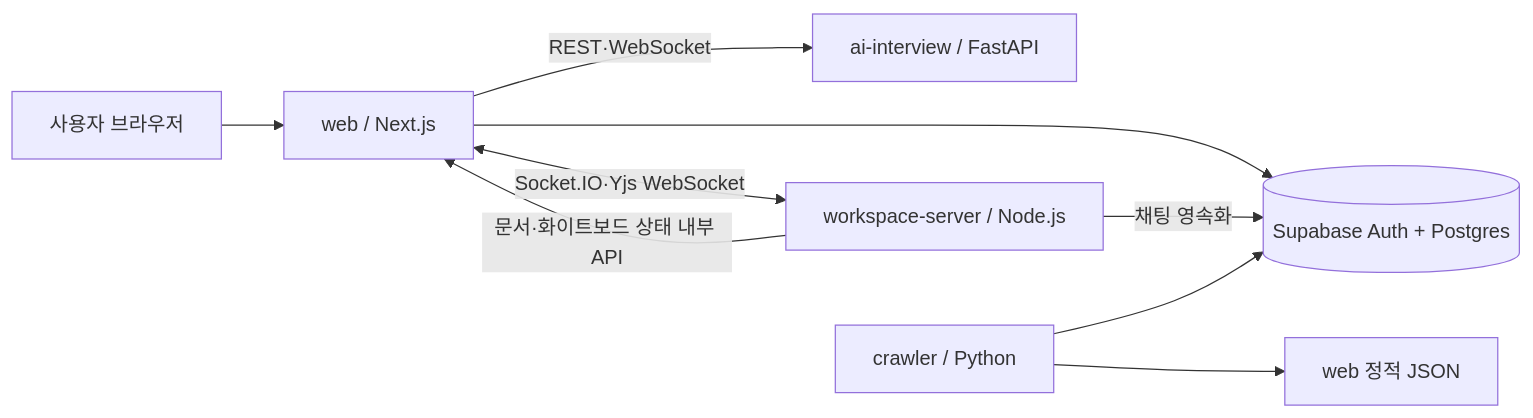
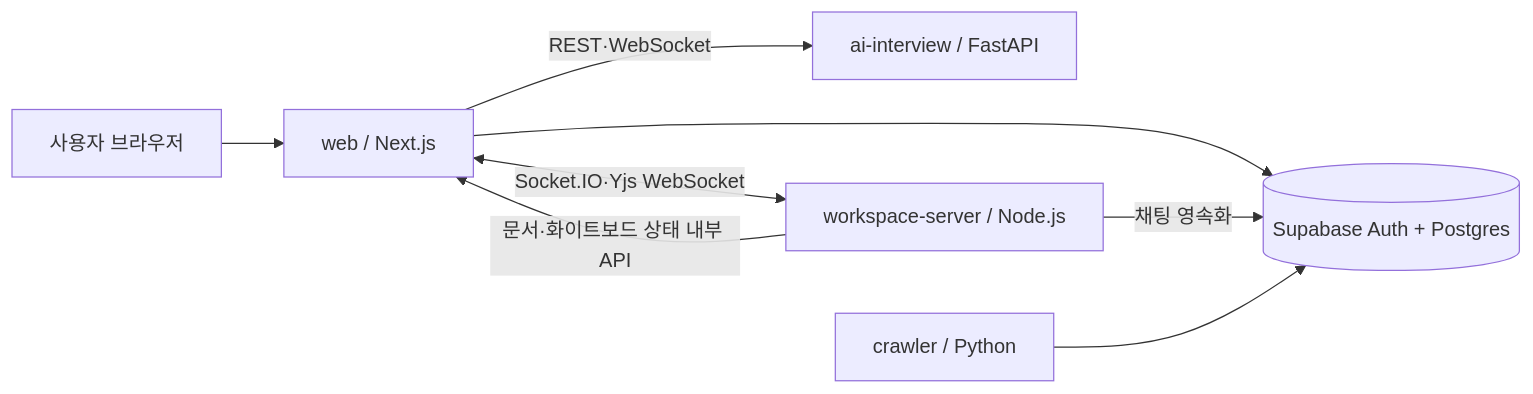
One commit to Buc-Capstone-Dibut/buc_Capstone_DEMO changed the diagram in README.md. Above: the diagram before and after it, drawn with Mermaid. The commit also changed other lines of this file and 13 other files, not shown here.

````diff
--- a/README.md
+++ b/README.md
@@ -11,11 +11,10 @@
 ```mermaid
 flowchart LR
     U[사용자 브라우저] --> W[web / Next.js]
     W --> S[(Supabase Auth + Postgres)]
     W -->|REST·WebSocket| I[ai-interview / FastAPI]
     W <-->|Socket.IO·Yjs WebSocket| R[workspace-server / Node.js]
     R -->|채팅 영속화| S
     R -->|문서·화이트보드 상태 내부 API| W
     C[crawler / Python] --> S
-    C --> J[web 정적 JSON]
 ```
````
